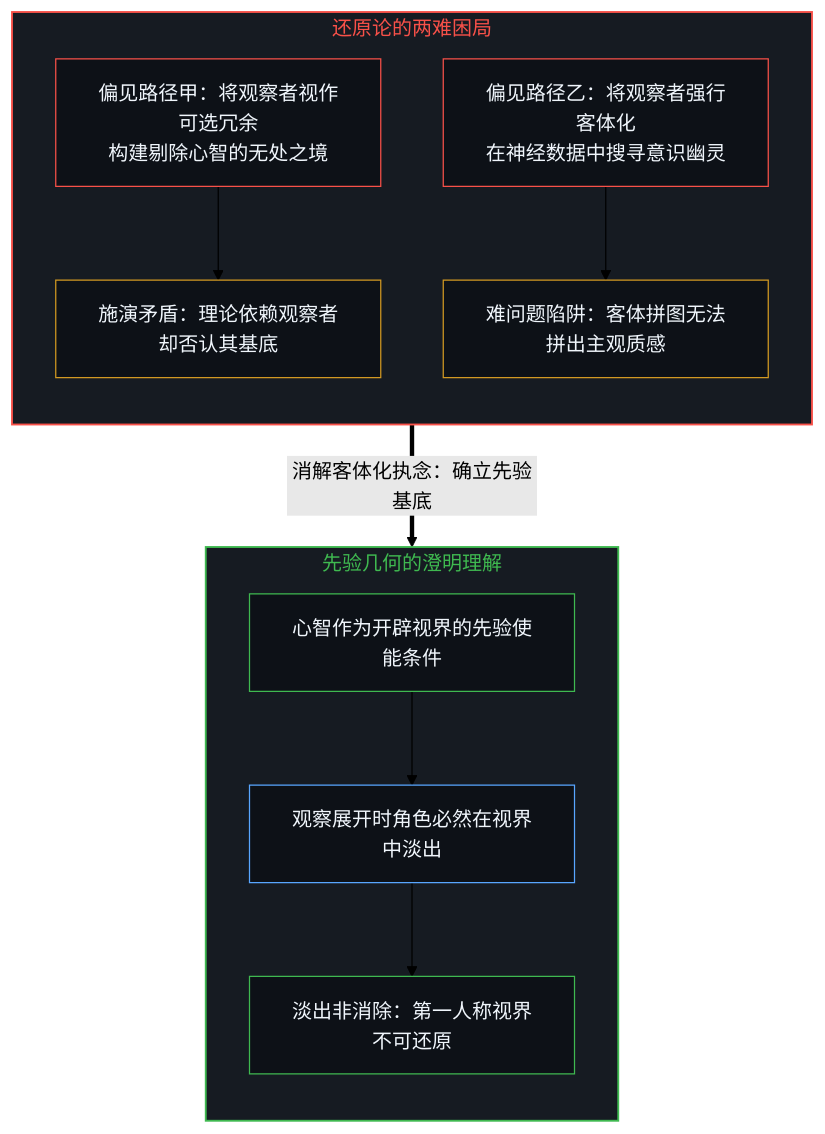
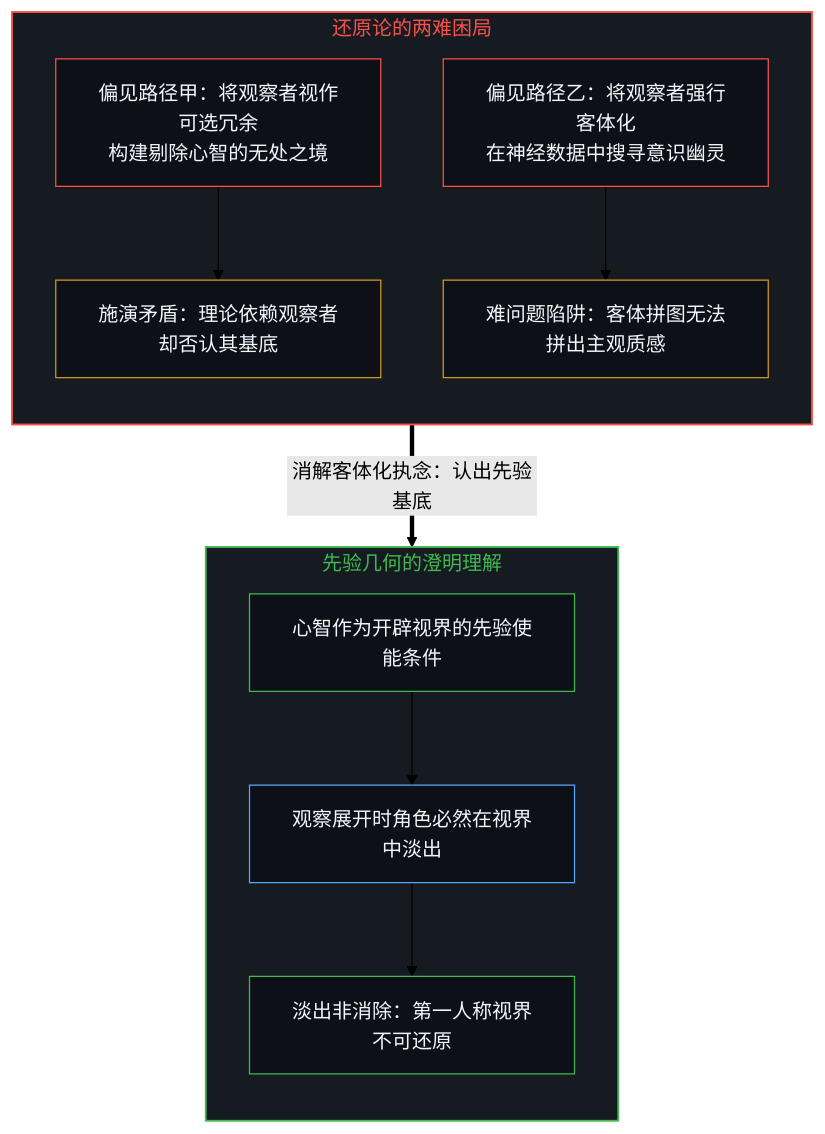
The fifth of 6 diagrams in content/posts/the-grammar-of-finding-and-the-fading-observer.md (powerpig99/not-a-toe), drawn with Mermaid (forest theme) before and after one commit. The commit also changed other lines of this file and 4 other files, not shown here.

````diff
--- a/content/posts/the-grammar-of-finding-and-the-fading-observer.md
+++ b/content/posts/the-grammar-of-finding-and-the-fading-observer.md
@@ -137,27 +141,27 @@
 ```mermaid
 graph TD
     subgraph S_Fallacy ["还原论的两难困局"]
         direction TB
         style S_Fallacy fill:#161b22,stroke:#f85149,stroke-width:1.5px,color:#f85149
         E1["偏见路径甲：将观察者视作可选冗余<br/>构建剔除心智的无处之境"]
         E2["偏见路径乙：将观察者强行客体化<br/>在神经数据中搜寻意识幽灵"]
         E1 --> P1["施演矛盾：理论依赖观察者却否认其基底"]
         E2 --> P2["难问题陷阱：客体拼图无法拼出主观质感"]
         style E1 fill:#0d1117,stroke:#f85149,stroke-width:1px,color:#f0f6fc
         style E2 fill:#0d1117,stroke:#f85149,stroke-width:1px,color:#f0f6fc
         style P1 fill:#0d1117,stroke:#d29922,stroke-width:1px,color:#f0f6fc
         style P2 fill:#0d1117,stroke:#d29922,stroke-width:1px,color:#f0f6fc
     end
 
-    P2 ==>|"消解客体化执念：确立先验基底"| R1
+    P2 ==>|"消解客体化执念：认出先验基底"| R1
 
     subgraph S_Resolution ["先验几何的澄明理解"]
         direction TB
         style S_Resolution fill:#161b22,stroke:#3fb950,stroke-width:1.5px,color:#3fb950
         R1["心智作为开辟视界的先验使能条件"] --> R2["观察展开时角色必然在视界中淡出"]
         R2 --> R3["淡出非消除：第一人称视界不可还原"]
         style R1 fill:#0d1117,stroke:#3fb950,stroke-width:1px,color:#f0f6fc
         style R2 fill:#0d1117,stroke:#58a6ff,stroke-width:1px,color:#f0f6fc
         style R3 fill:#0d1117,stroke:#3fb950,stroke-width:1px,color:#f0f6fc
     end
 ```
````
